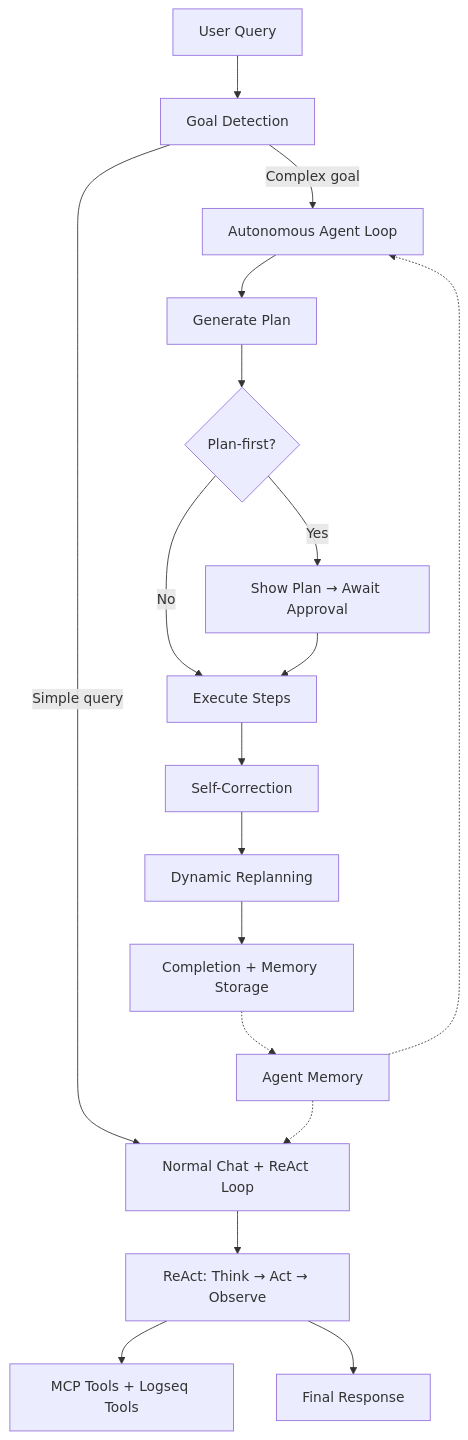
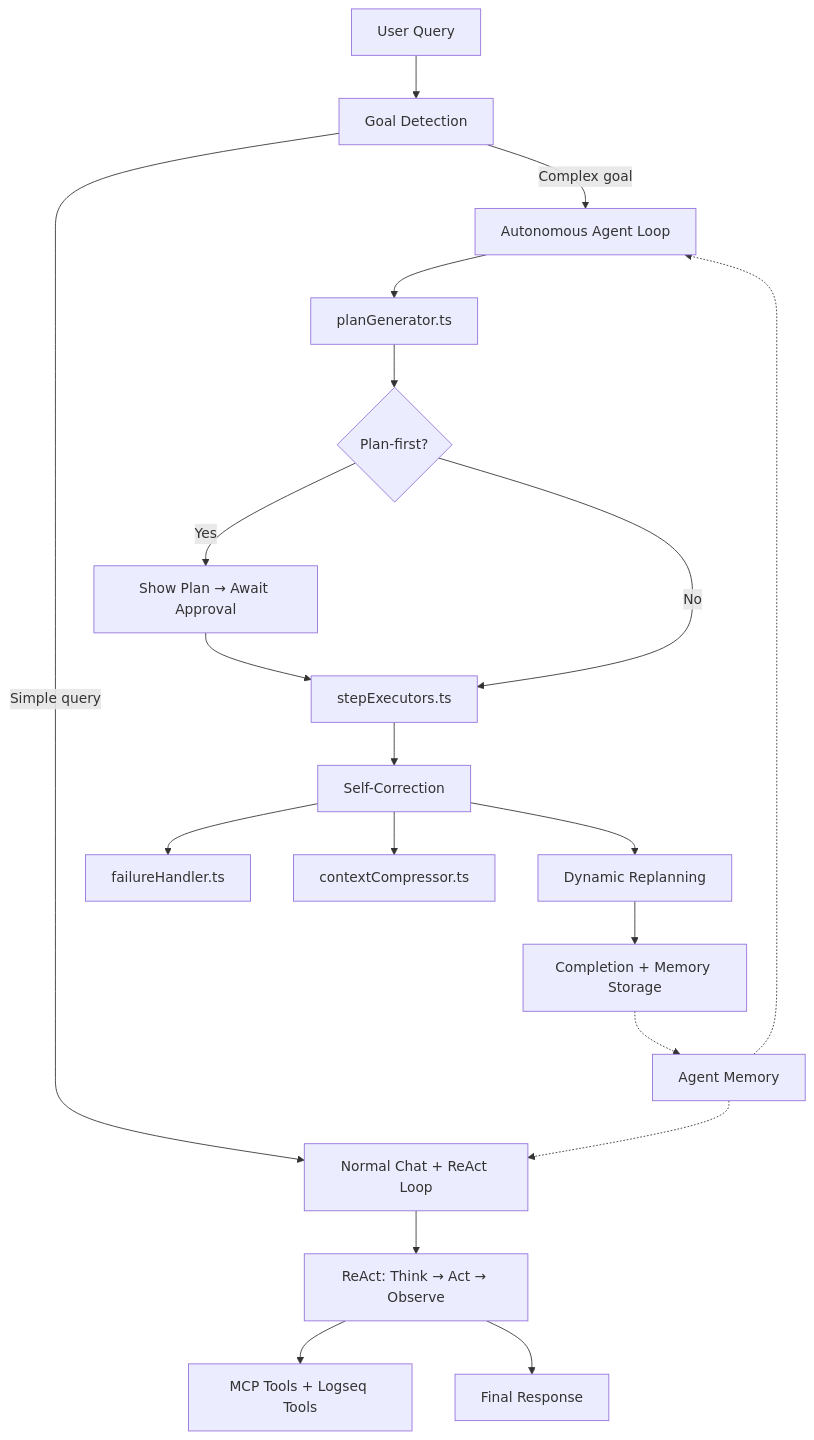
The first of 2 diagrams in docs/technical/agent-internals.md (indraginanjar/logseq-mixer), drawn with Mermaid before and after one commit. The commit also changed other lines of this file and 2 other files, not shown here.

First line of the commit message:
docs: update architecture, agent-internals, and retrieval-pipeline for new structure

````diff
--- a/docs/technical/agent-internals.md
+++ b/docs/technical/agent-internals.md
@@ -11,23 +11,25 @@
 ```mermaid
 graph TD
     User[User Query] --> Detect[Goal Detection]
     Detect -->|Simple query| Chat[Normal Chat + ReAct Loop]
     Detect -->|Complex goal| Agent[Autonomous Agent Loop]
     
     Chat --> React[ReAct: Think → Act → Observe]
     React --> Tools[MCP Tools + Logseq Tools]
     React --> Answer[Final Response]
     
-    Agent --> Plan[Generate Plan]
-    Plan --> Approve{Plan-first?}
+    Agent --> PlanGen[planGenerator.ts]
+    PlanGen --> Approve{Plan-first?}
     Approve -->|Yes| Show[Show Plan → Await Approval]
-    Approve -->|No| Exec[Execute Steps]
+    Approve -->|No| Exec[stepExecutors.ts]
     Show --> Exec
     Exec --> SelfCorrect[Self-Correction]
+    SelfCorrect --> FailHandler[failureHandler.ts]
+    SelfCorrect --> CtxCompress[contextCompressor.ts]
     SelfCorrect --> Replan[Dynamic Replanning]
     Replan --> Done[Completion + Memory Storage]
     
     Memory[Agent Memory] -.-> Chat
     Memory -.-> Agent
     Done -.-> Memory
 ```
````
